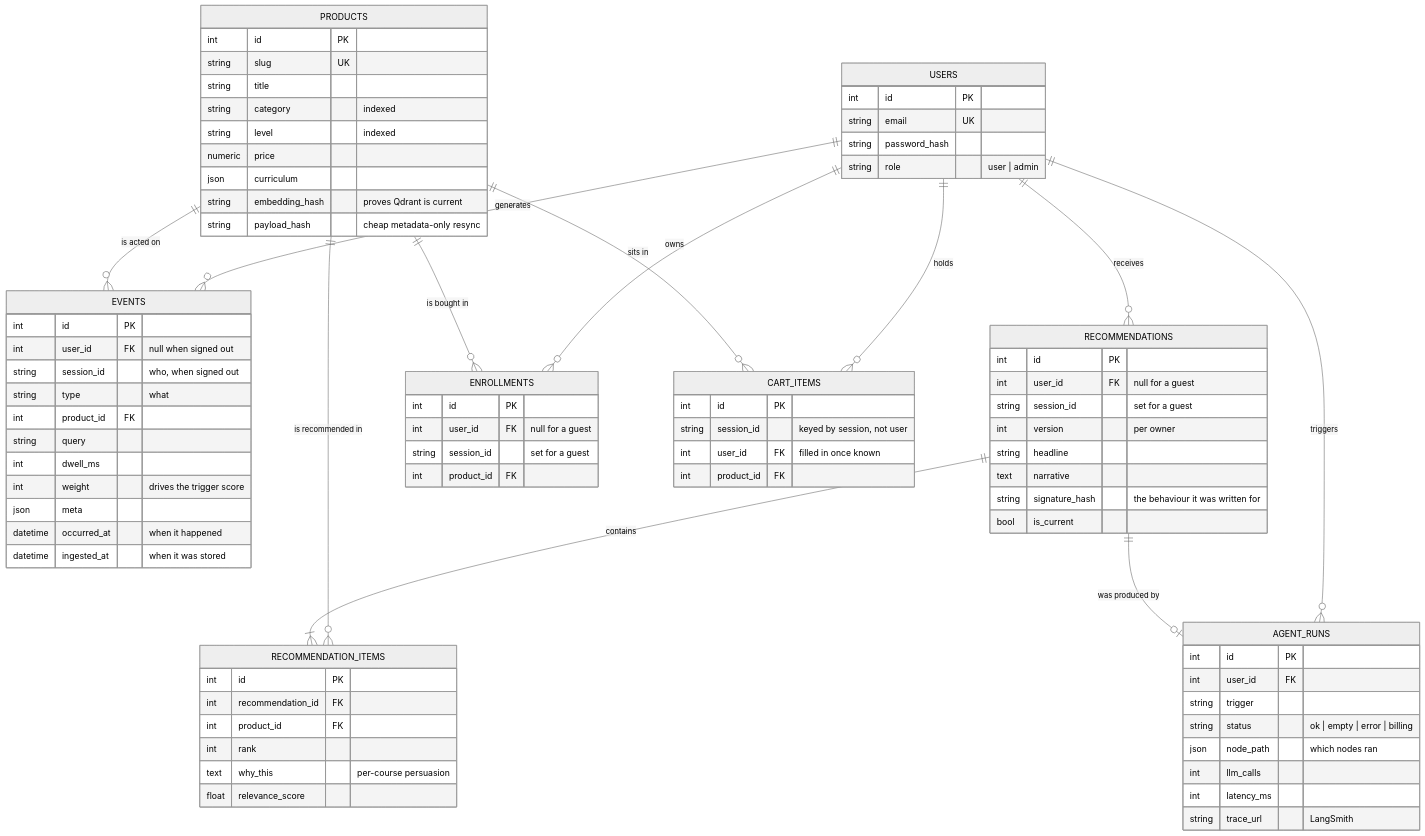
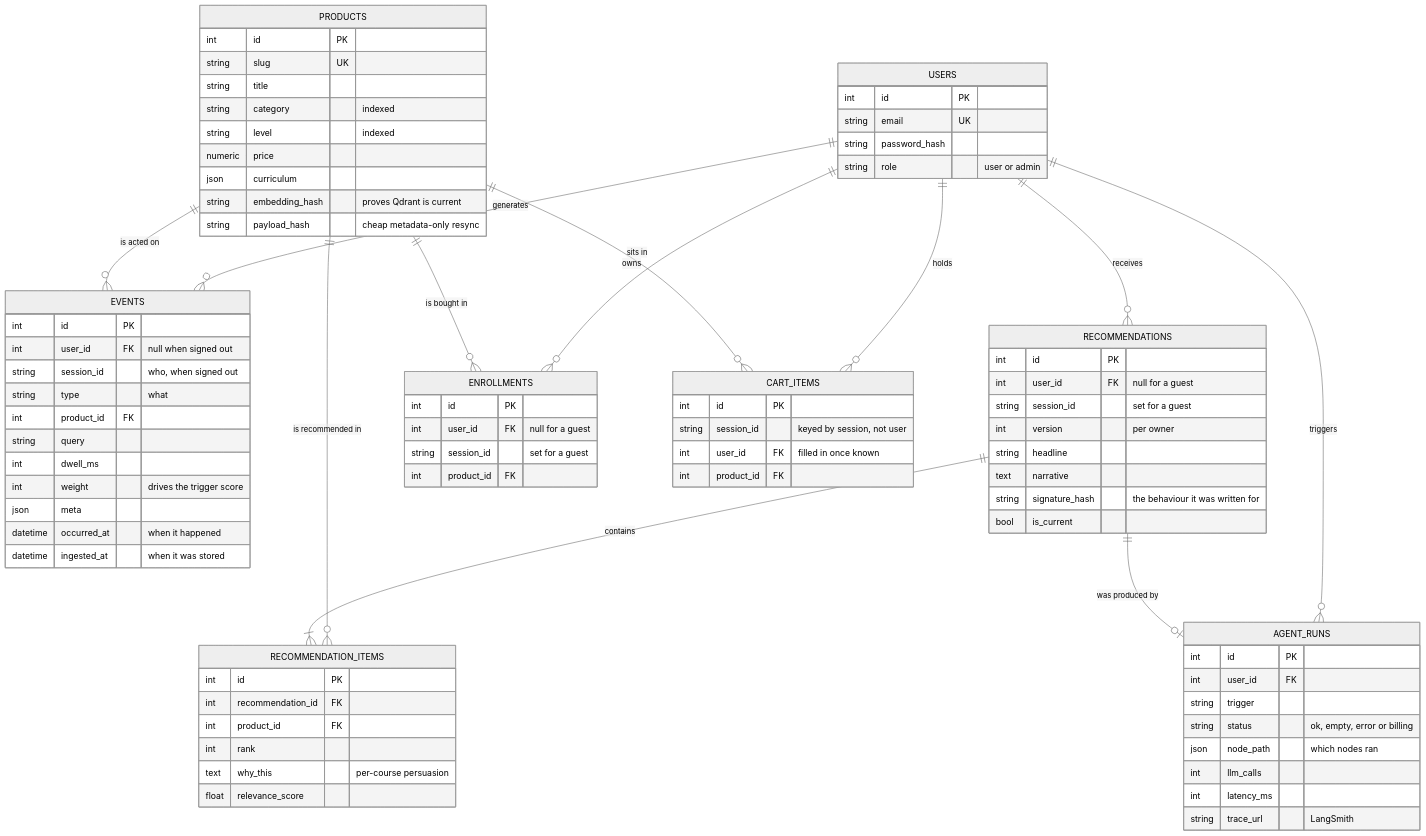
The third of 3 diagrams in README.md (ekBlaise/smartreco_AI_agent), drawn with Mermaid (neutral theme) before and after one commit. The commit also changed other lines of this file, not shown here.

Commit message:
fixed rendering issues with mermaid on README

```diff
--- a/README.md
+++ b/README.md
@@ -648,7 +651,7 @@
         int id PK
         string email UK
         string password_hash
-        string role "user | admin"
+        string role "user or admin"
     }
     PRODUCTS {
         int id PK
@@ -708,7 +711,7 @@
         int id PK
         int user_id FK
         string trigger
-        string status "ok | empty | error | billing"
+        string status "ok, empty, error or billing"
         json node_path "which nodes ran"
         int llm_calls
         int latency_ms
```
